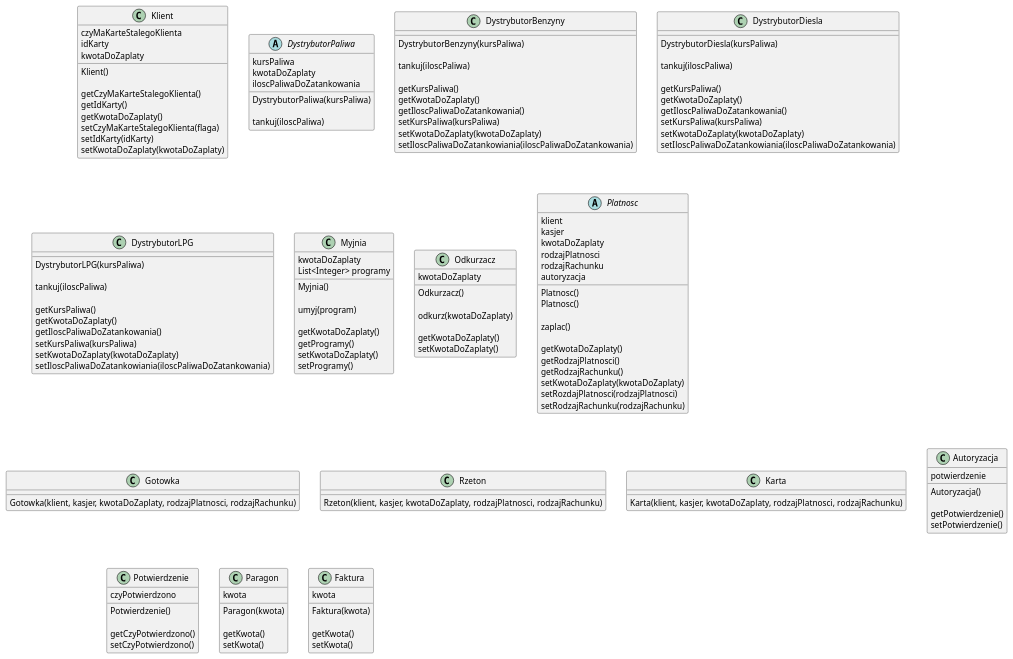
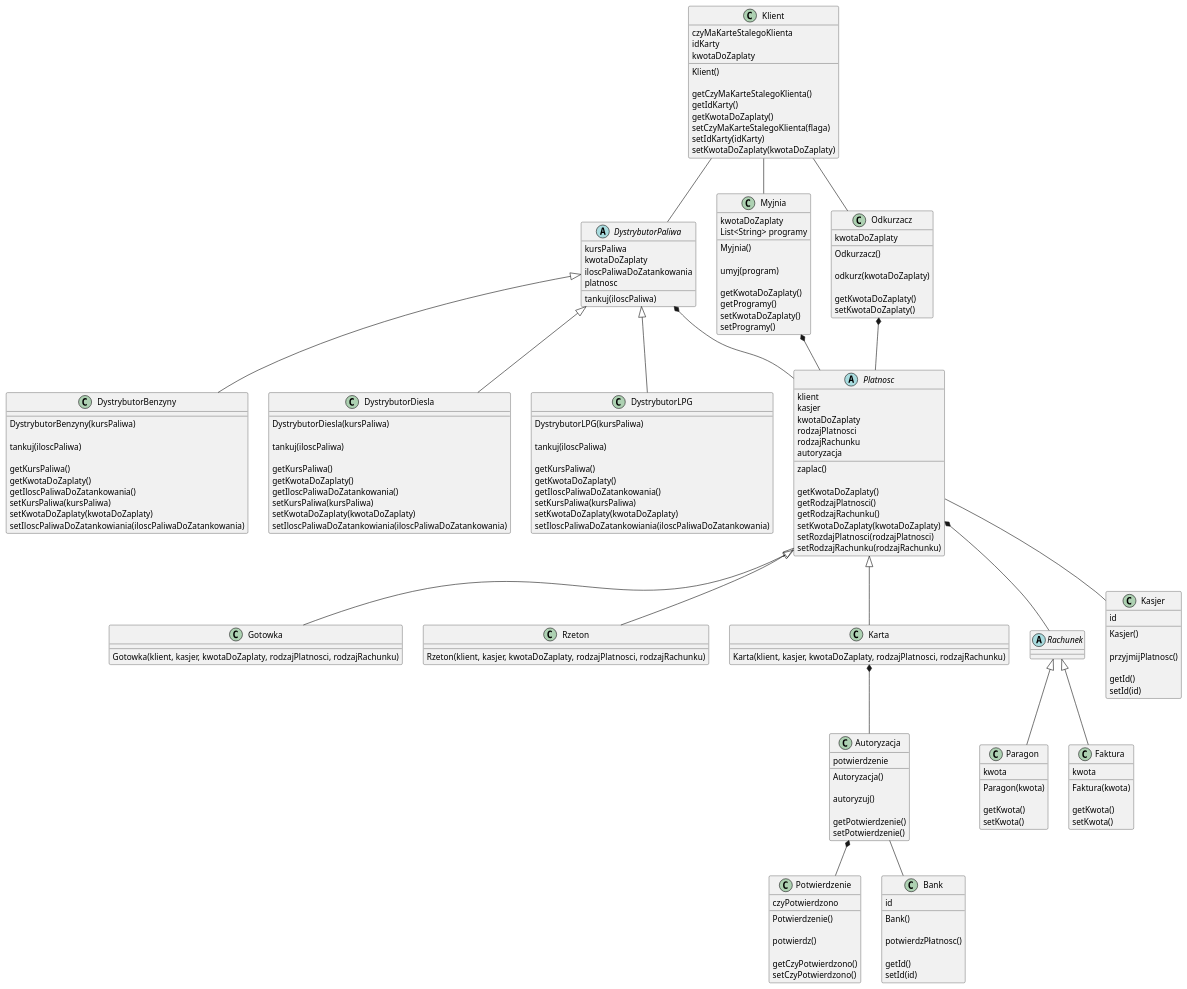
Before and after one commit to TheLongDistanceRunner2/ProjektowanieObiektowe2021: the diagram in STACJA_PALIW_CLASS_DIAGRAM.plantuml, drawn with PlantUML.

Commit message:
Class diagram updated

```diff
--- a/STACJA_PALIW_CLASS_DIAGRAM.plantuml
+++ b/STACJA_PALIW_CLASS_DIAGRAM.plantuml
@@ -19,9 +19,8 @@
     kursPaliwa
     kwotaDoZaplaty
     iloscPaliwaDoZatankowania
+    platnosc
 
-    DystrybutorPaliwa(kursPaliwa)
-    
     tankuj(iloscPaliwa)
 }
 
@@ -66,7 +65,7 @@
 
 class Myjnia {
     kwotaDoZaplaty
-    List<Integer> programy
+    List<String> programy
 
     Myjnia()
 
@@ -97,9 +96,6 @@
     rodzajRachunku
     autoryzacja
 
-    Platnosc()
-    Platnosc()
-
     zaplac()
 
     getKwotaDoZaplaty()
@@ -127,6 +123,8 @@
 
     Autoryzacja()
 
+    autoryzuj()
+
     getPotwierdzenie()
     setPotwierdzenie()
 }
@@ -136,8 +134,14 @@
 
     Potwierdzenie()
 
+    potwierdz()
+
     getCzyPotwierdzono()
     setCzyPotwierdzono()
+}
+
+abstract class Rachunek {
+
 }
 
 class Paragon {
@@ -158,5 +162,53 @@
     setKwota()
 }
 
+class Kasjer {
+    id
+
+    Kasjer()
+
+    przyjmijPlatnosc()
+
+    getId()
+    setId(id)
+}
+
+class Bank {
+    id
+
+    Bank()
+
+    potwierdzPłatnosc()
+
+    getId()
+    setId(id)
+}
+
+Klient -- DystrybutorPaliwa
+Klient -- Myjnia
+Klient -- Odkurzacz
+
+DystrybutorPaliwa <|-- DystrybutorBenzyny
+DystrybutorPaliwa <|-- DystrybutorDiesla
+DystrybutorPaliwa <|-- DystrybutorLPG
+
+DystrybutorPaliwa *-- Platnosc
+Myjnia *-- Platnosc
+Odkurzacz *-- Platnosc
+
+Platnosc -- Kasjer
+
+Platnosc <|-- Karta
+Platnosc <|-- Gotowka
+Platnosc <|-- Rzeton
+Platnosc *-- Rachunek
+
+Rachunek <|-- Paragon
+Rachunek <|-- Faktura
+
+Karta *-- Autoryzacja
+Autoryzacja *-- Potwierdzenie
+
+Autoryzacja -- Bank
 
 @enduml
```
